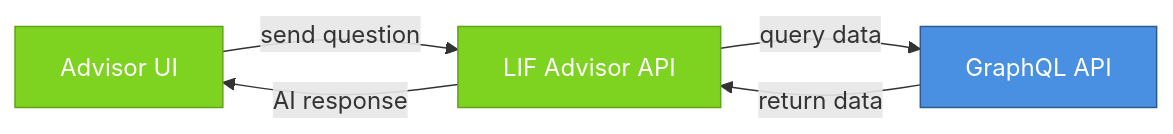
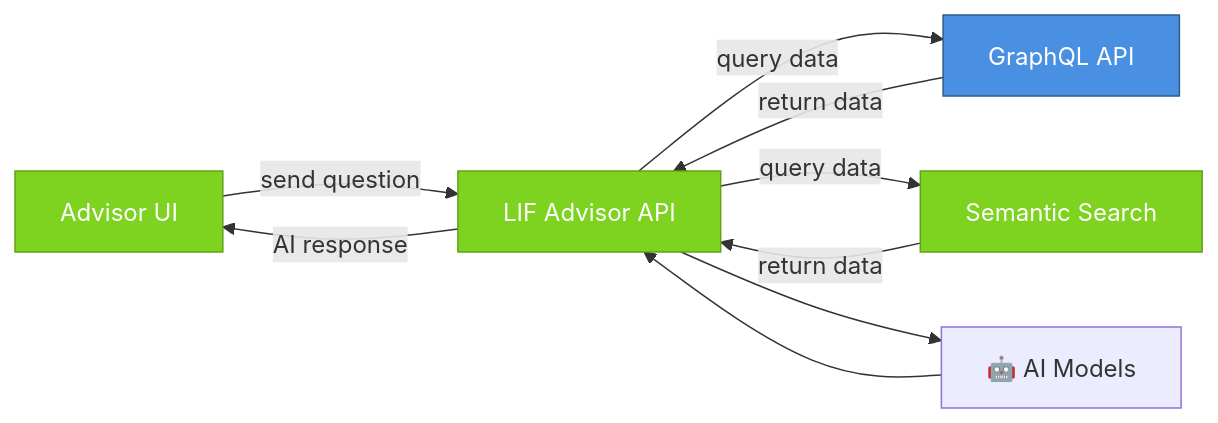
Before and after one commit to LIF-Initiative/lif-core: the seventh of 16 diagrams in docs/lif_services_overview.md, drawn with Mermaid. The commit also changed other lines of this file, not shown here.

Commit message:
docs: update more diagrams and cleanup

````diff
--- a/docs/lif_services_overview.md
+++ b/docs/lif_services_overview.md
@@ -294,17 +302,23 @@
 ```mermaid
 graph LR
     AdvisorUI[Advisor UI]
     Advisor[LIF Advisor API]
     GQL[GraphQL API]
+    MCP[Semantic Search]
+    AIModels[🤖 AI Models]
     
     AdvisorUI -->|send question| Advisor
+    Advisor -->|AI response| AdvisorUI
     Advisor -->|query data| GQL
     GQL -->|return data| Advisor
-    Advisor -->|AI response| AdvisorUI
+    Advisor -->|query data| MCP
+    MCP -->|return data| Advisor
+    AIModels --> Advisor
+    Advisor --> AIModels
     
     classDef intelStyle fill:#7ED321,stroke:#5FA319,color:#fff
     classDef coreStyle fill:#4A90E2,stroke:#2E5C8A,color:#fff
     
-    class Advisor,AdvisorUI intelStyle
+    class Advisor,AdvisorUI,MCP intelStyle
     class GQL coreStyle
 ```
````
